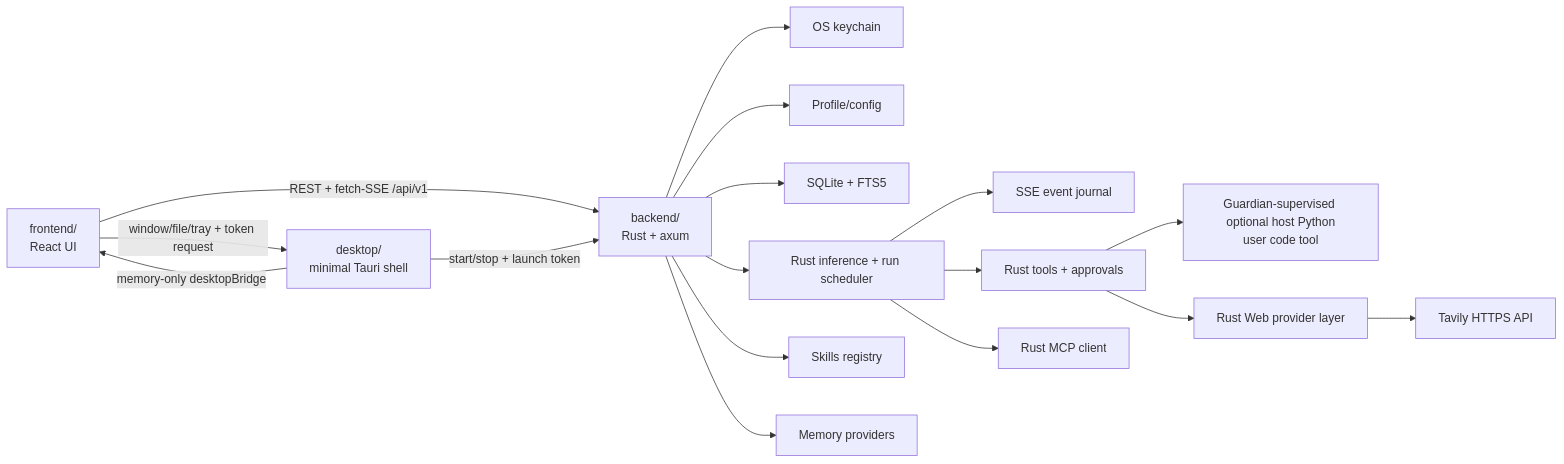
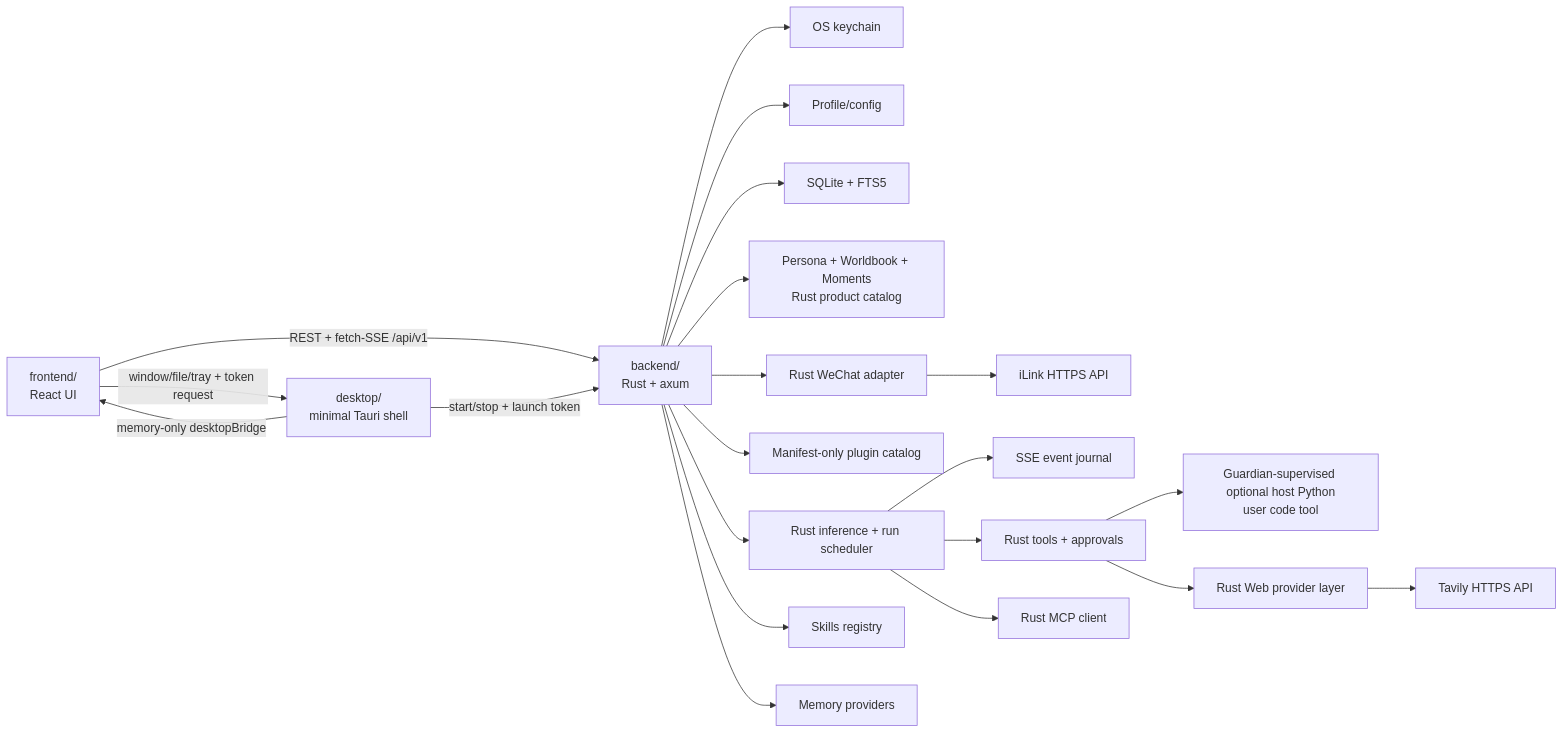
One commit to Sunner-Chao/SynthChat-V1.0.0 changed the second of 2 diagrams in docs/architecture.md. Above: the diagram before and after it, drawn with Mermaid. The commit also changed other lines of this file and 77 other files, not shown here.

````diff
--- a/docs/architecture.md
+++ b/docs/architecture.md
@@ -169,19 +177,23 @@
 ```mermaid
 flowchart LR
   FE["frontend/<br/>React UI"] -->|"REST + fetch-SSE /api/v1"| BE["backend/<br/>Rust + axum"]
   FE -->|"window/file/tray + token request"| DESK["desktop/<br/>minimal Tauri shell"]
   DESK -->|"start/stop + launch token"| BE
   DESK -->|"memory-only desktopBridge"| FE
   BE --> AUTH["OS keychain"]
   BE --> CFG["Profile/config"]
   BE --> DB["SQLite + FTS5"]
+  BE --> PRODUCT["Persona + Worldbook + Moments<br/>Rust product catalog"]
+  BE --> WECHAT["Rust WeChat adapter"]
+  WECHAT --> ILINK["iLink HTTPS API"]
+  BE --> PLUGIN["Manifest-only plugin catalog"]
   BE --> ENG["Rust inference + run scheduler"]
   ENG --> EVT["SSE event journal"]
   ENG --> TOOL["Rust tools + approvals"]
   TOOL --> CODE["Guardian-supervised optional host Python<br/>user code tool"]
   TOOL --> WEB["Rust Web provider layer"]
   WEB --> TAVILY["Tavily HTTPS API"]
   ENG --> MCP["Rust MCP client"]
   BE --> SKILL["Skills registry"]
   BE --> MEM["Memory providers"]
 ```
````
